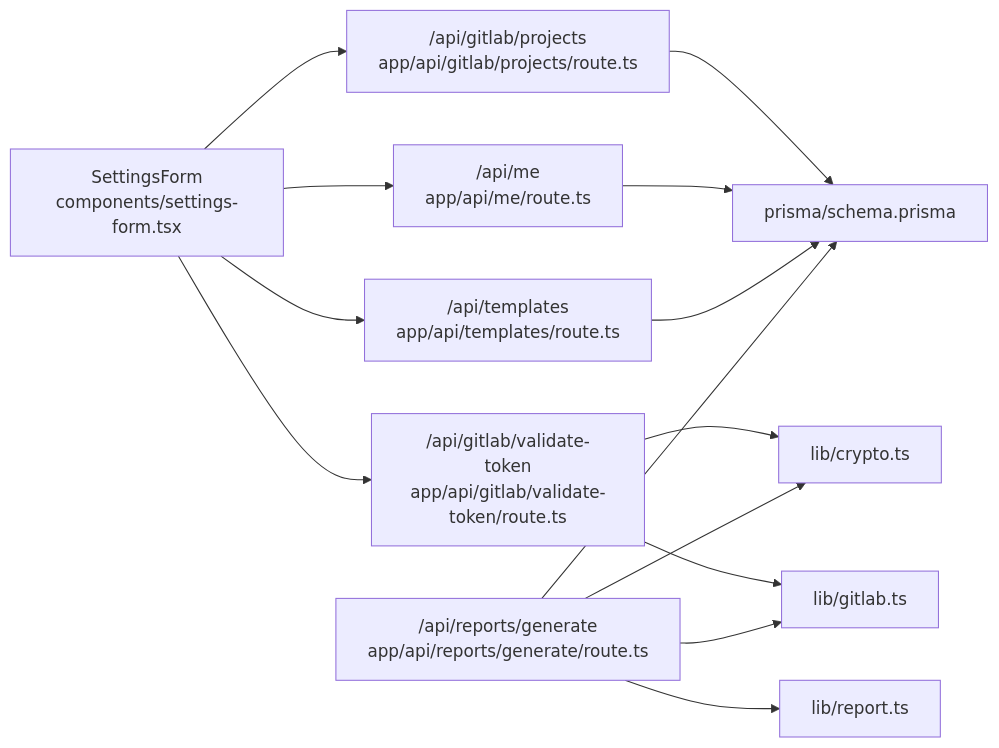
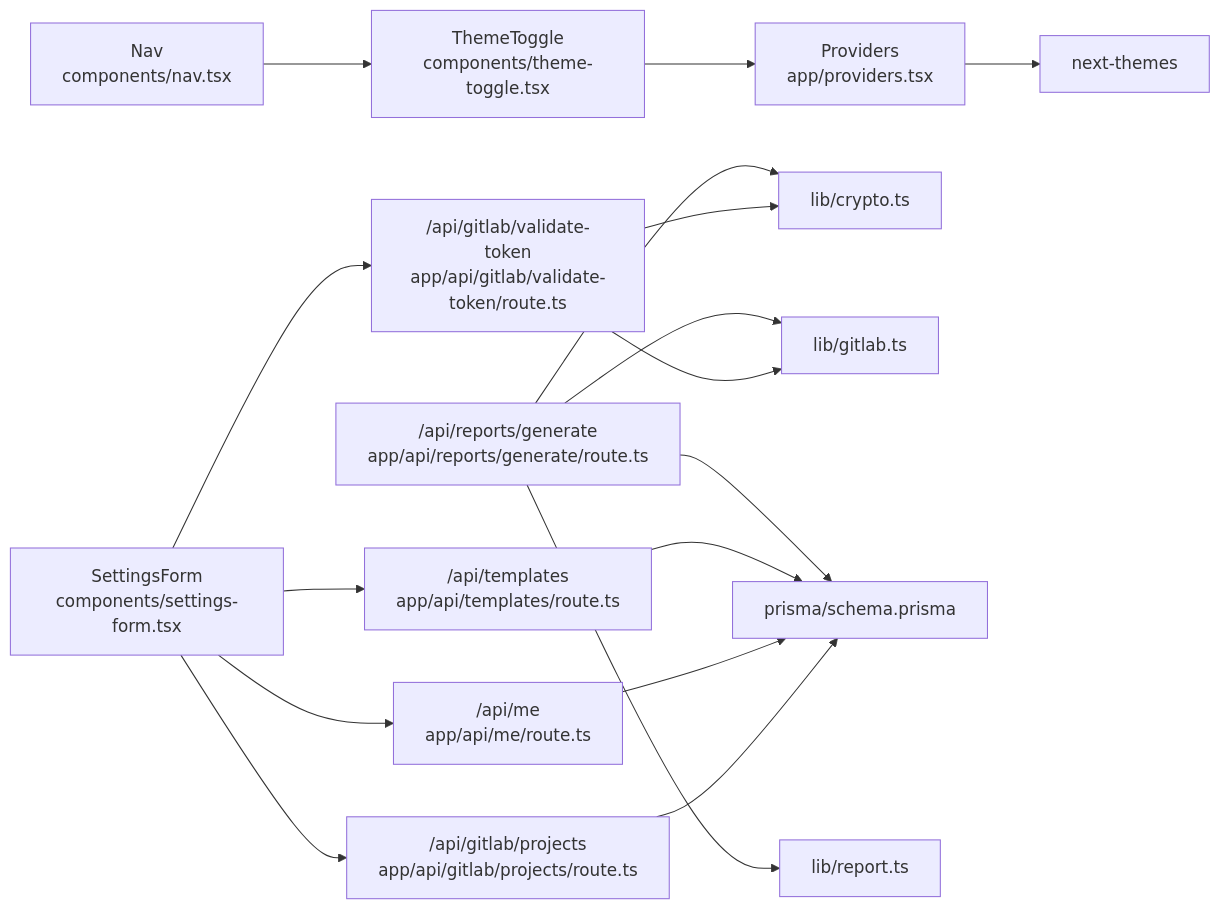
Before and after one commit to jrj444/git-daily: the fourth of 4 diagrams in .qoder/repowiki/en/content/Settings and Configuration/Settings and Configuration.md, drawn with Mermaid. The commit also changed other lines of this file and 4 other files, not shown here.

````diff
--- a/.qoder/repowiki/en/content/Settings and Configuration/Settings and Configuration.md
+++ b/.qoder/repowiki/en/content/Settings and Configuration/Settings and Configuration.md
@@ -252,16 +305,19 @@
 ```mermaid
 graph LR
 UI["SettingsForm<br/>components/settings-form.tsx"] --> API_ME["/api/me<br/>app/api/me/route.ts"]
 UI --> API_TOKEN["/api/gitlab/validate-token<br/>app/api/gitlab/validate-token/route.ts"]
 UI --> API_PROJ["/api/gitlab/projects<br/>app/api/gitlab/projects/route.ts"]
 UI --> API_TPL["/api/templates<br/>app/api/templates/route.ts"]
+THEME["ThemeToggle<br/>components/theme-toggle.tsx"] --> PROVIDERS["Providers<br/>app/providers.tsx"]
+NAV["Nav<br/>components/nav.tsx"] --> THEME
+PROVIDERS --> NEXT_THEMES["next-themes"]
 API_TOKEN --> CRYPTO["lib/crypto.ts"]
 API_TOKEN --> GL["lib/gitlab.ts"]
 API_PROJ --> DB["prisma/schema.prisma"]
 API_ME --> DB
 API_TPL --> DB
 GEN["/api/reports/generate<br/>app/api/reports/generate/route.ts"] --> CRYPTO
 GEN --> GL
 GEN --> REPORT["lib/report.ts"]
 GEN --> DB
 ```
````
